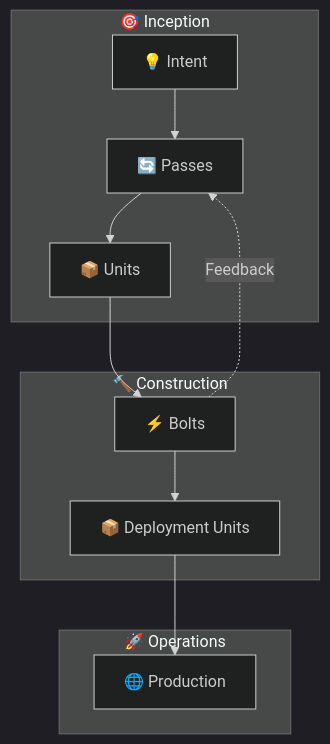
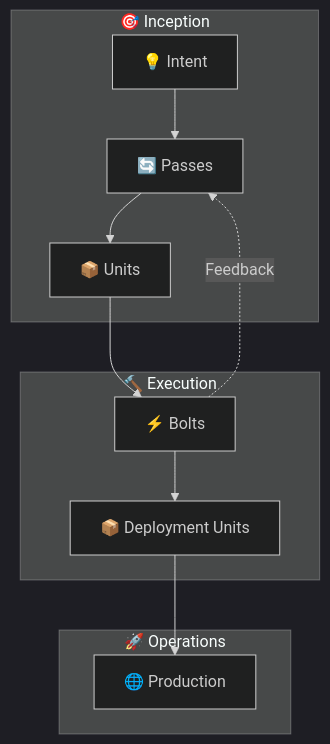
One commit to jwaldrip/haiku-method changed the eighth of 14 diagrams in website/content/papers/ai-dlc-2026.md. Above: the diagram before and after it, drawn with Mermaid (dark theme). The commit also changed other lines of this file and 34 other files, not shown here.

First line of the commit message:
feat: rename Construction Phase to Execution Phase, add configurable default passes

````diff
--- a/website/content/papers/ai-dlc-2026.md
+++ b/website/content/papers/ai-dlc-2026.md
@@ -580,19 +614,19 @@
 ```mermaid
 graph TB
     subgraph Inception["🎯 Inception"]
         I["💡 Intent"]
         I --> PA["🔄 Passes"]
         PA --> U["📦 Units"]
     end
 
-    subgraph Construction["🔨 Construction"]
+    subgraph Execution["🔨 Execution"]
         U --> B["⚡ Bolts"]
         B --> D["📦 Deployment Units"]
     end
 
     subgraph Operations["🚀 Operations"]
         D --> P["🌐 Production"]
     end
 
     B -.->|"Feedback"| PA
 ```
````
